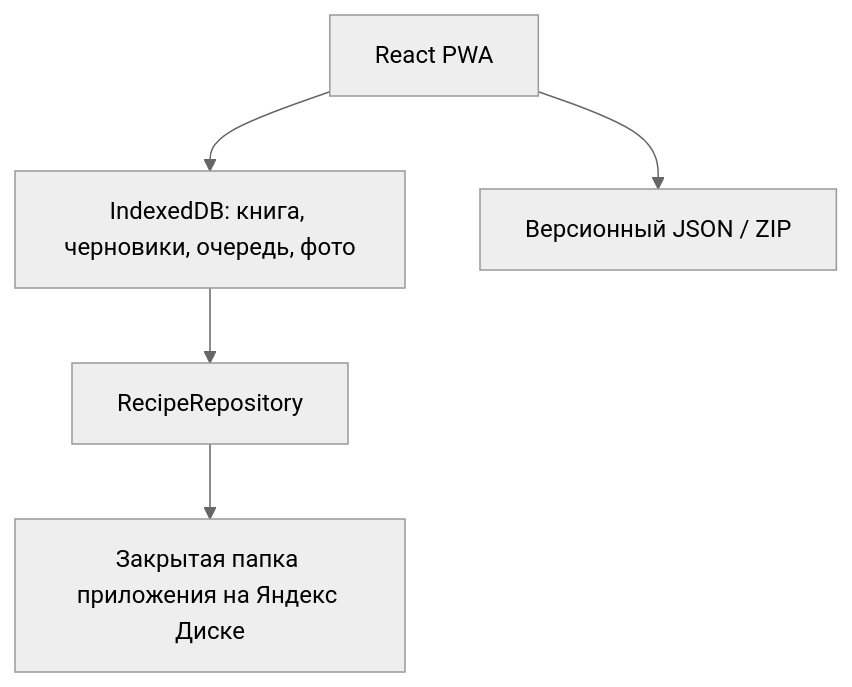
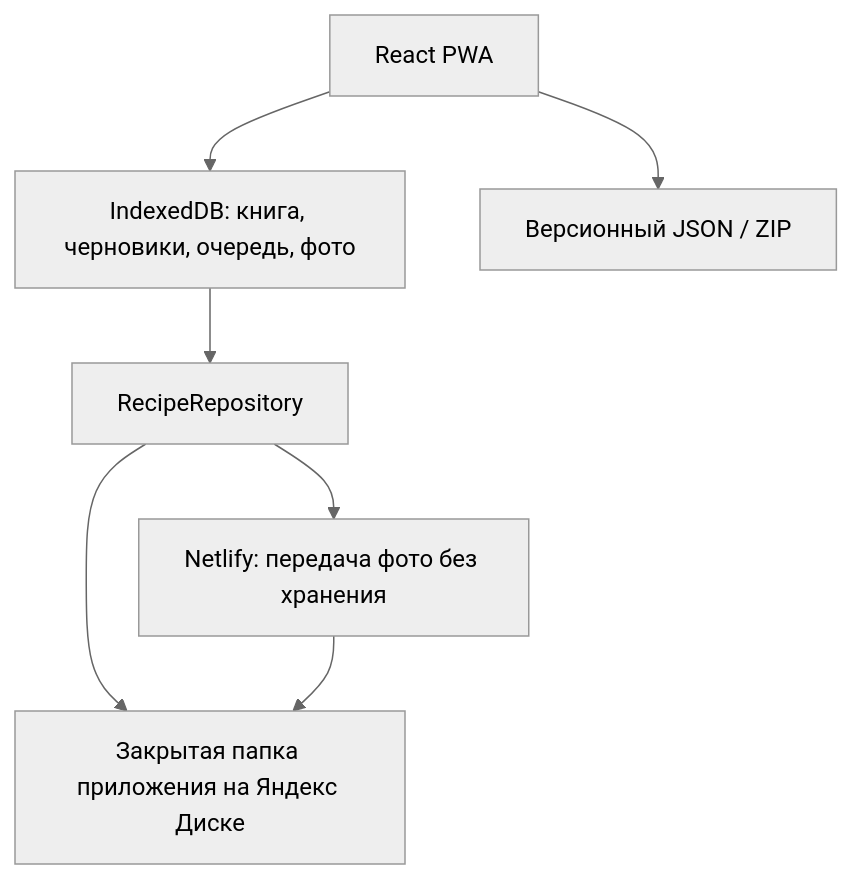
The diagram in README.md (Kemeriets/maminy-recepty), drawn with Mermaid (neutral theme) before and after one commit. The commit also changed other lines of this file and 14 other files, not shown here.

````diff
--- a/README.md
+++ b/README.md
@@ -57,7 +57,9 @@
 ```mermaid
 flowchart TD
   UI["React PWA"] --> IDB["IndexedDB: книга, черновики, очередь, фото"]
   IDB --> SYNC["RecipeRepository"]
   SYNC --> YD["Закрытая папка приложения на Яндекс Диске"]
+  SYNC --> EDGE["Netlify: передача фото без хранения"]
+  EDGE --> YD
   UI --> BACKUP["Версионный JSON / ZIP"]
 ```
````
